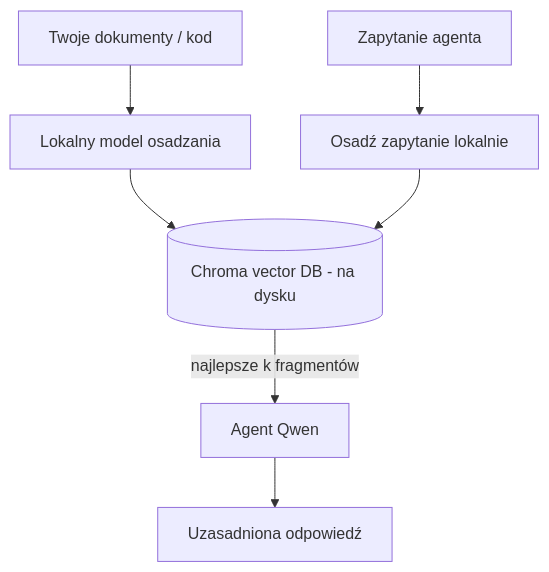
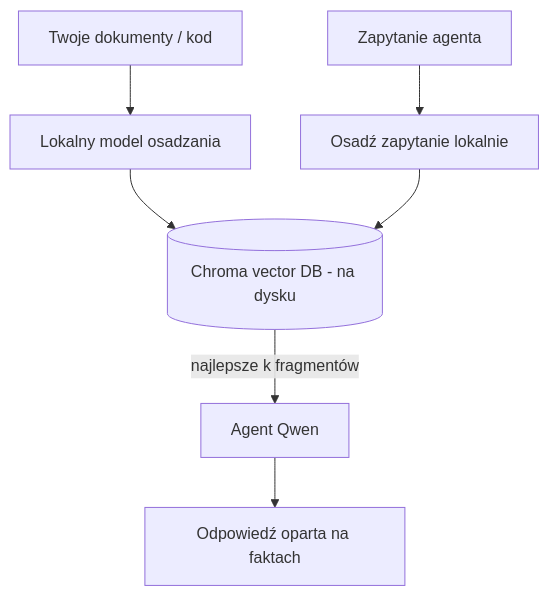
The third of 4 diagrams in mirrors/repos/microsoft@ai-agents-for-beginners/translations/pl/17-creating-local-ai-agents/README.md (gabrielmoreira/agent-skills-mirror), drawn with Mermaid before and after one commit. The commit also changed other lines of this file and 4262 other files, not shown here.

````diff
--- a/mirrors/repos/microsoft@ai-agents-for-beginners/translations/pl/17-creating-local-ai-agents/README.md
+++ b/mirrors/repos/microsoft@ai-agents-for-beginners/translations/pl/17-creating-local-ai-agents/README.md
@@ -125,9 +125,9 @@
 ```mermaid
 flowchart TB
     D[Twoje dokumenty / kod] --> E[Lokalny model osadzania]
     E --> V[(Chroma vector DB - na dysku)]
     Q[Zapytanie agenta] --> QE[Osadź zapytanie lokalnie]
     QE --> V
     V -->|najlepsze k fragmentów| A[Agent Qwen]
-    A --> Ans[Uzasadniona odpowiedź]
+    A --> Ans[Odpowiedź oparta na faktach]
 ```
````
